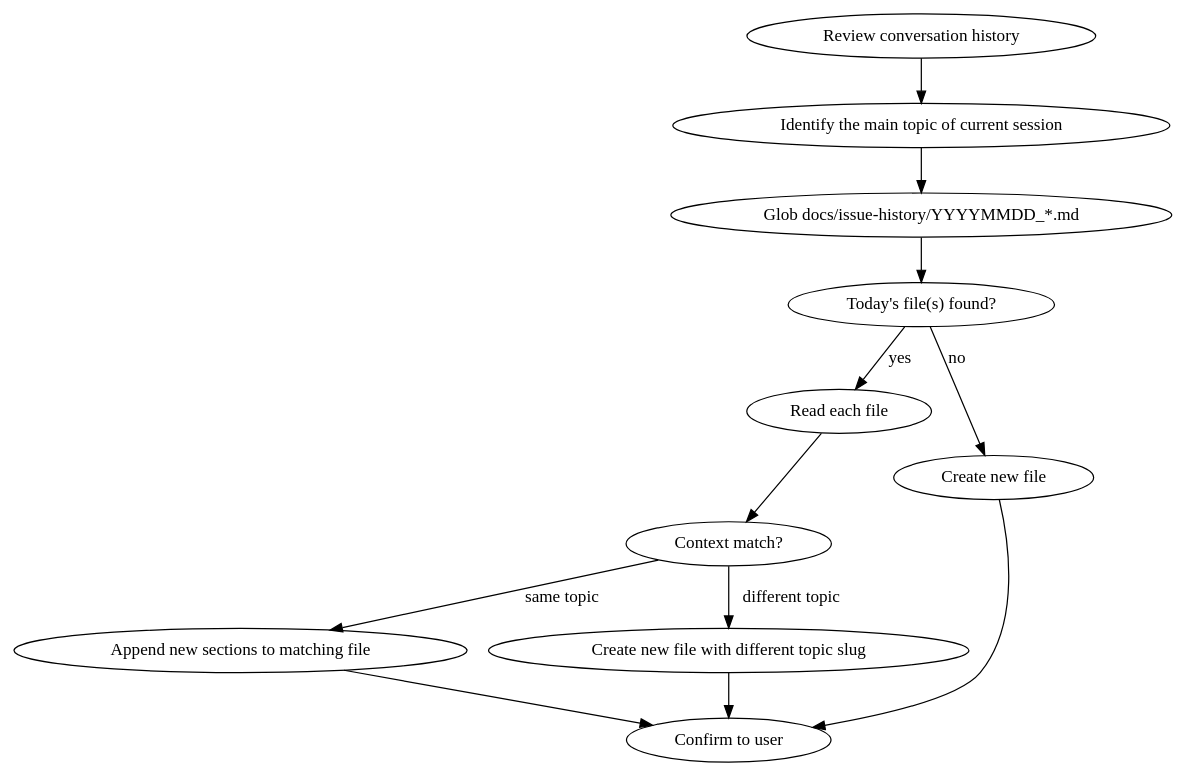
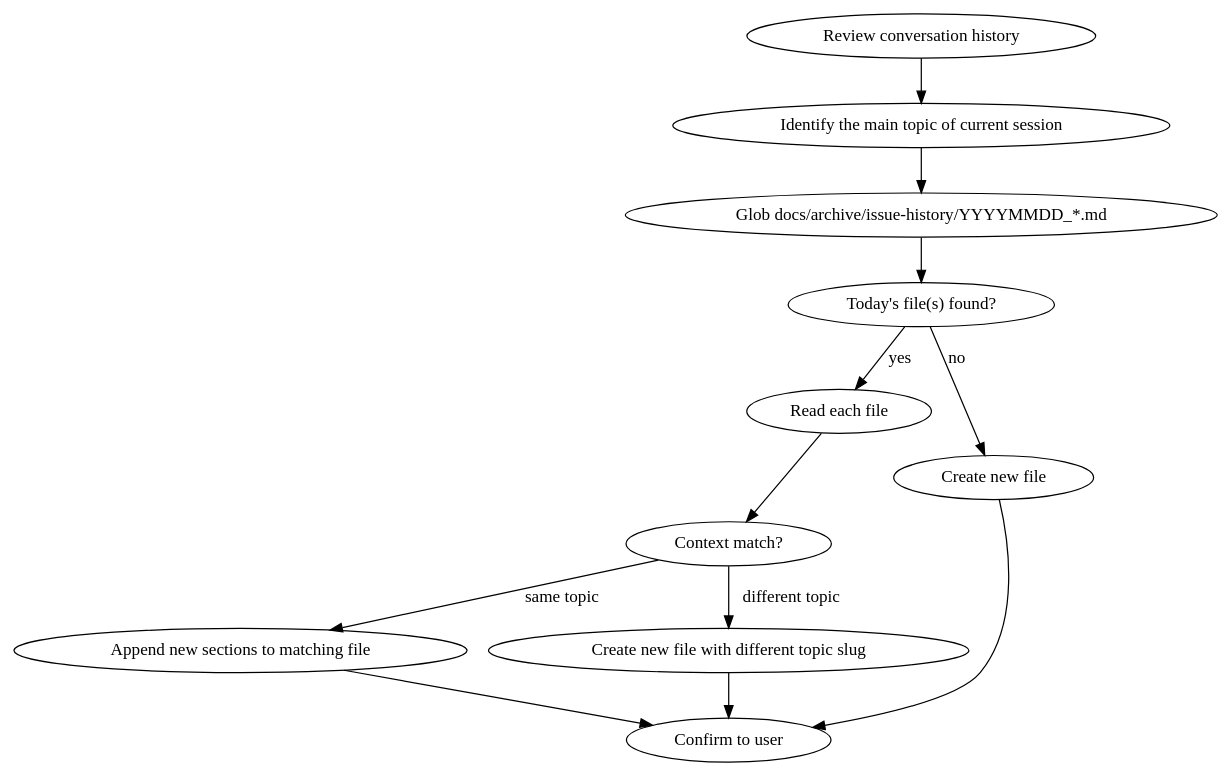
The diagram in .claude/skills/pls7-work-log/SKILL.md (gotchamen/pls7-cli), drawn with Graphviz before and after one commit. The commit also changed other lines of this file and 29 other files, not shown here.

````diff
--- a/.claude/skills/pls7-work-log/SKILL.md
+++ b/.claude/skills/pls7-work-log/SKILL.md
@@ -12,16 +12,16 @@
 ```dot
 digraph work_log_flow {
     rankdir=TB;
     "Review conversation history" -> "Identify the main topic of current session";
-    "Identify the main topic of current session" -> "Glob docs/issue-history/YYYYMMDD_*.md";
-    "Glob docs/issue-history/YYYYMMDD_*.md" -> "Today's file(s) found?";
+    "Identify the main topic of current session" -> "Glob docs/archive/issue-history/YYYYMMDD_*.md";
+    "Glob docs/archive/issue-history/YYYYMMDD_*.md" -> "Today's file(s) found?";
     "Today's file(s) found?" -> "Read each file" [label="yes"];
     "Today's file(s) found?" -> "Create new file" [label="no"];
     "Read each file" -> "Context match?";
     "Context match?" -> "Append new sections to matching file" [label="same topic"];
     "Context match?" -> "Create new file with different topic slug" [label="different topic"];
     "Append new sections to matching file" -> "Confirm to user";
     "Create new file" -> "Confirm to user";
     "Create new file with different topic slug" -> "Confirm to user";
 }
 ```
````
